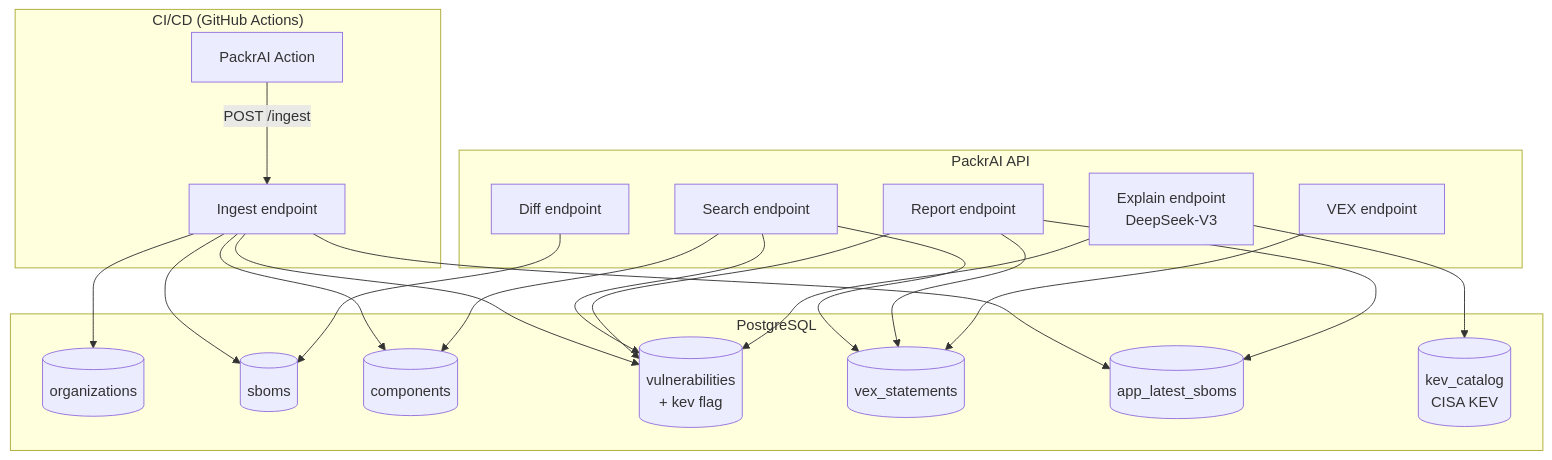
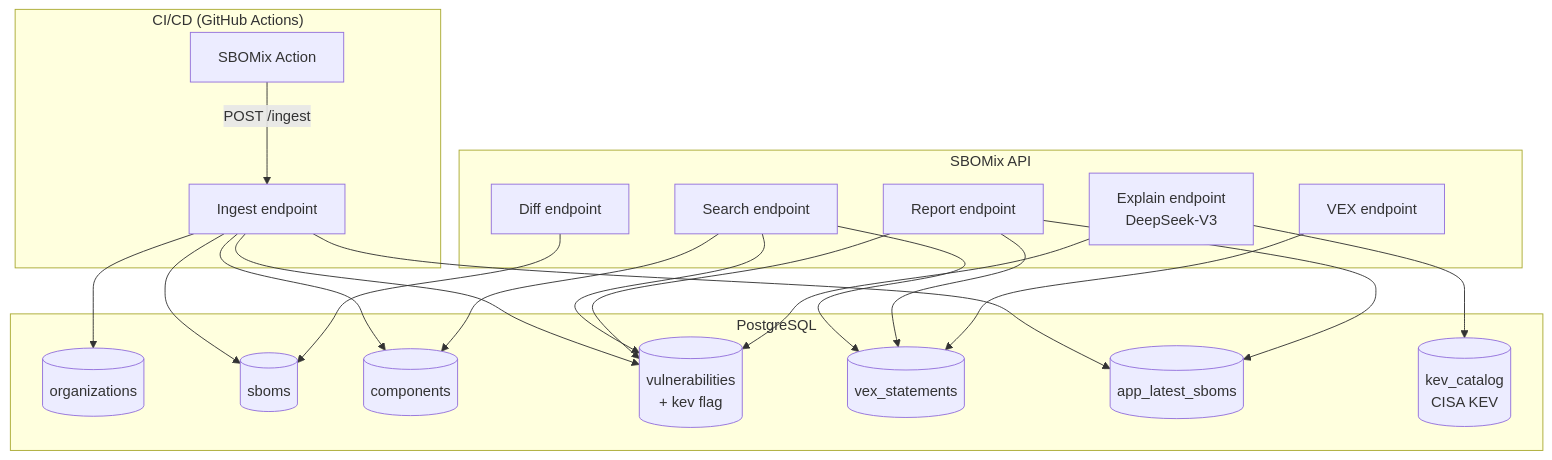
Before and after one commit to RunTimeAdmin/sbomix: the second of 2 diagrams in README.md, drawn with Mermaid. The commit also changed other lines of this file, not shown here.

First line of the commit message:
docs: rebrand README — PackrAI → SBOMix

````diff
--- a/README.md
+++ b/README.md
@@ -418,32 +418,32 @@
 ```mermaid
 flowchart TD
     subgraph ci["CI/CD (GitHub Actions)"]
-        A[PackrAI Action] -->|POST /ingest| B
+        A[SBOMix Action] -->|POST /ingest| B
     end
 
-    subgraph api["PackrAI API"]
+    subgraph api["SBOMix API"]
         B[Ingest endpoint]
         C[Search endpoint]
         D[Report endpoint]
         E[VEX endpoint]
         F[Diff endpoint]
         P[Explain endpoint\nDeepSeek-V3]
     end
 
     subgraph db["PostgreSQL"]
         G[(organizations)]
         H[(sboms)]
         I[(components)]
         J[(vulnerabilities\n+ kev flag)]
         K[(vex_statements)]
         L[(app_latest_sboms)]
         M[(kev_catalog\nCISA KEV)]
     end
 
     B --> G & H & I & J & L
     C --> I & J & K
     D --> L & J & K
     E --> K
     F --> H
     P --> J & M
 ```
````
